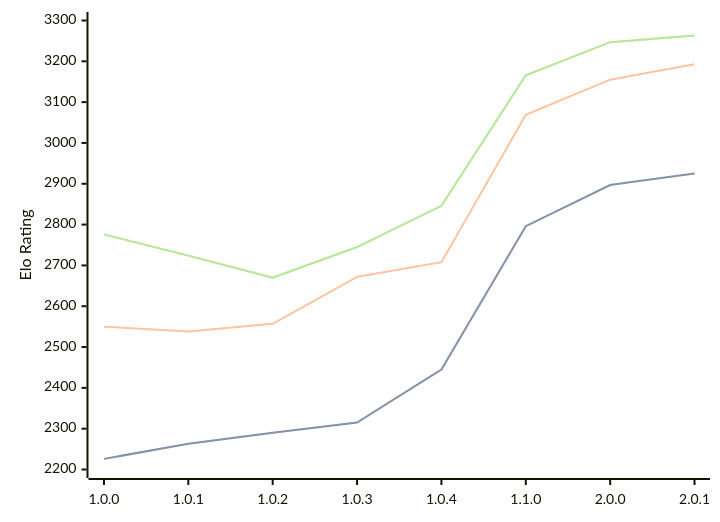
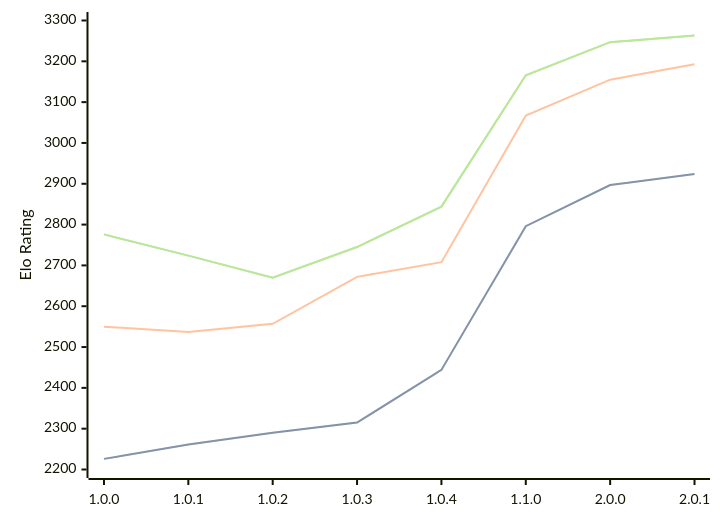
Before and after one commit to computer-chess-index/cci: the third of 3 diagrams in engines/Grail.md, drawn with Mermaid. The commit also changed other lines of this file, not shown here.

Commit message:
Update CCI Ratings (ELO VLTC) - 2026-06-30

````diff
--- a/engines/Grail.md
+++ b/engines/Grail.md
@@ -71,11 +71,11 @@
 ```mermaid
 %%{init: {"theme":"base","themeVariables":{"seriesColors:['#a3a3a3','#222221','#faa371']}}}%%
 xychart-beta
   x-axis ["1.0.0", "1.0.1", "1.0.2", "1.0.3", "1.0.4", "1.1.0", "2.0.0", "2.0.1"]
   y-axis "Elo Rating" 2200 --> 3300
-  line "STC (8.0+0.08s)" [2226, 2263, 2290, 2315, 2445, 2796, 2897, 2925]
-  line "STC (8.0+0.08s)" [2226, 2263, 2290, 2315, 2445, 2796, 2897, 2925]
-  line "LTC (60.0+0.60s)" [2550, 2538, 2557, 2672, 2708, 3069, 3155, 3193]
-  line "VLTC (2m24s+1.12s)" [2776, 2724, 2670, 2745, 2846, 3166, 3247, 3263]
-  line "VLTC (2m24s+1.12s)" [2776, 2724, 2670, 2745, 2846, 3166, 3247, 3263]
+  line "STC (8.0+0.08s)" [2226, 2261, 2290, 2315, 2444, 2796, 2897, 2924]
+  line "STC (8.0+0.08s)" [2226, 2261, 2290, 2315, 2444, 2796, 2897, 2924]
+  line "LTC (60.0+0.60s)" [2550, 2537, 2557, 2672, 2708, 3067, 3155, 3193]
+  line "VLTC (2m24s+1.12s)" [2776, 2724, 2670, 2745, 2844, 3166, 3247, 3263]
+  line "VLTC (2m24s+1.12s)" [2776, 2724, 2670, 2745, 2844, 3166, 3247, 3263]
 ```
````
